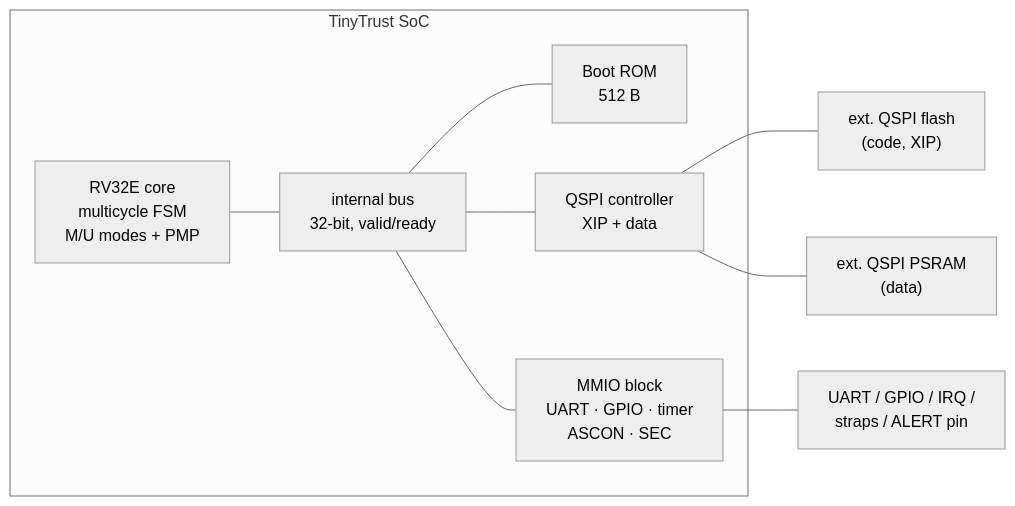
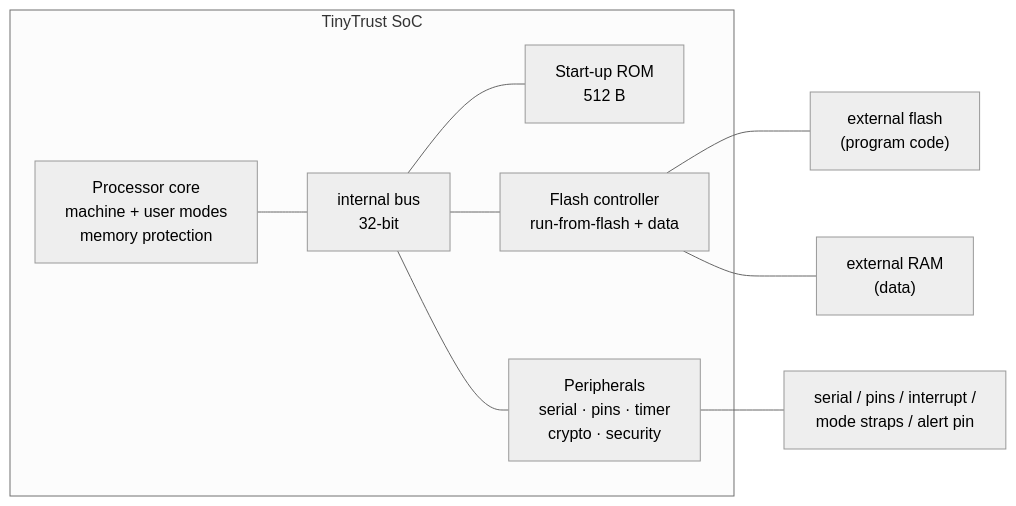
One commit to VineetChadalavada/tinyTrust changed the diagram in docs/ARCHITECTURE.md. Above: the diagram before and after it, drawn with Mermaid (neutral theme). The commit also changed other lines of this file, not shown here.

First line of the commit message:
Rewrite ARCHITECTURE.md in plain English

````diff
--- a/docs/ARCHITECTURE.md
+++ b/docs/ARCHITECTURE.md
@@ -15,17 +31,17 @@
 ```mermaid
 flowchart LR
     subgraph TinyTrust SoC
-        CPU["RV32E core<br/>multicycle FSM<br/>M/U modes + PMP"]
-        BUS["internal bus<br/>32-bit, valid/ready"]
-        ROM["Boot ROM<br/>512 B"]
-        QSPI["QSPI controller<br/>XIP + data"]
-        PERIPH["MMIO block<br/>UART · GPIO · timer<br/>ASCON · SEC"]
+        CPU["Processor core<br/>machine + user modes<br/>memory protection"]
+        BUS["internal bus<br/>32-bit"]
+        ROM["Start-up ROM<br/>512 B"]
+        QSPI["Flash controller<br/>run-from-flash + data"]
+        PERIPH["Peripherals<br/>serial · pins · timer<br/>crypto · security"]
         CPU --- BUS
         BUS --- ROM
         BUS --- QSPI
         BUS --- PERIPH
     end
-    QSPI --- FLASH["ext. QSPI flash<br/>(code, XIP)"]
-    QSPI --- PSRAM["ext. QSPI PSRAM<br/>(data)"]
-    PERIPH --- PINS["UART / GPIO / IRQ /<br/>straps / ALERT pin"]
+    QSPI --- FLASH["external flash<br/>(program code)"]
+    QSPI --- PSRAM["external RAM<br/>(data)"]
+    PERIPH --- PINS["serial / pins / interrupt /<br/>mode straps / alert pin"]
 ```
````
